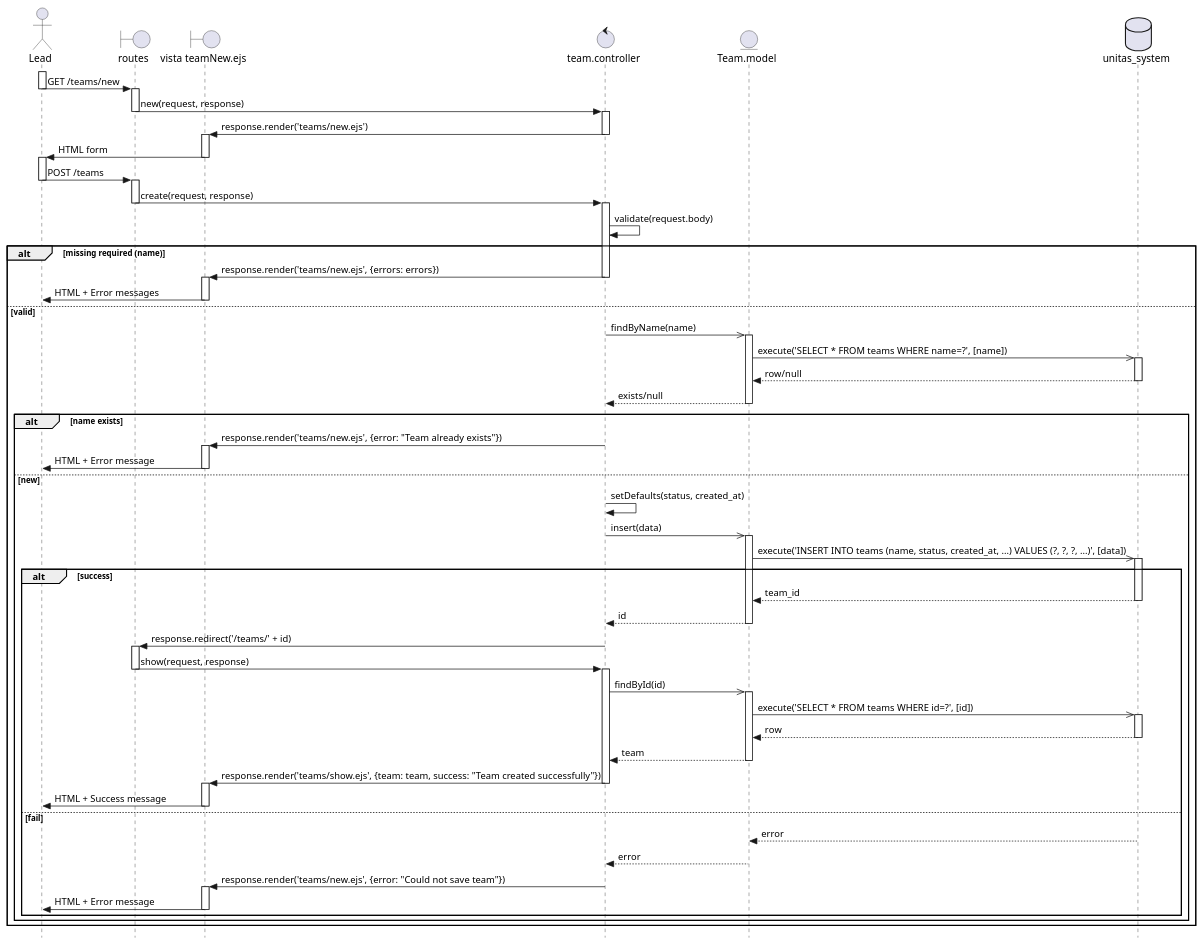
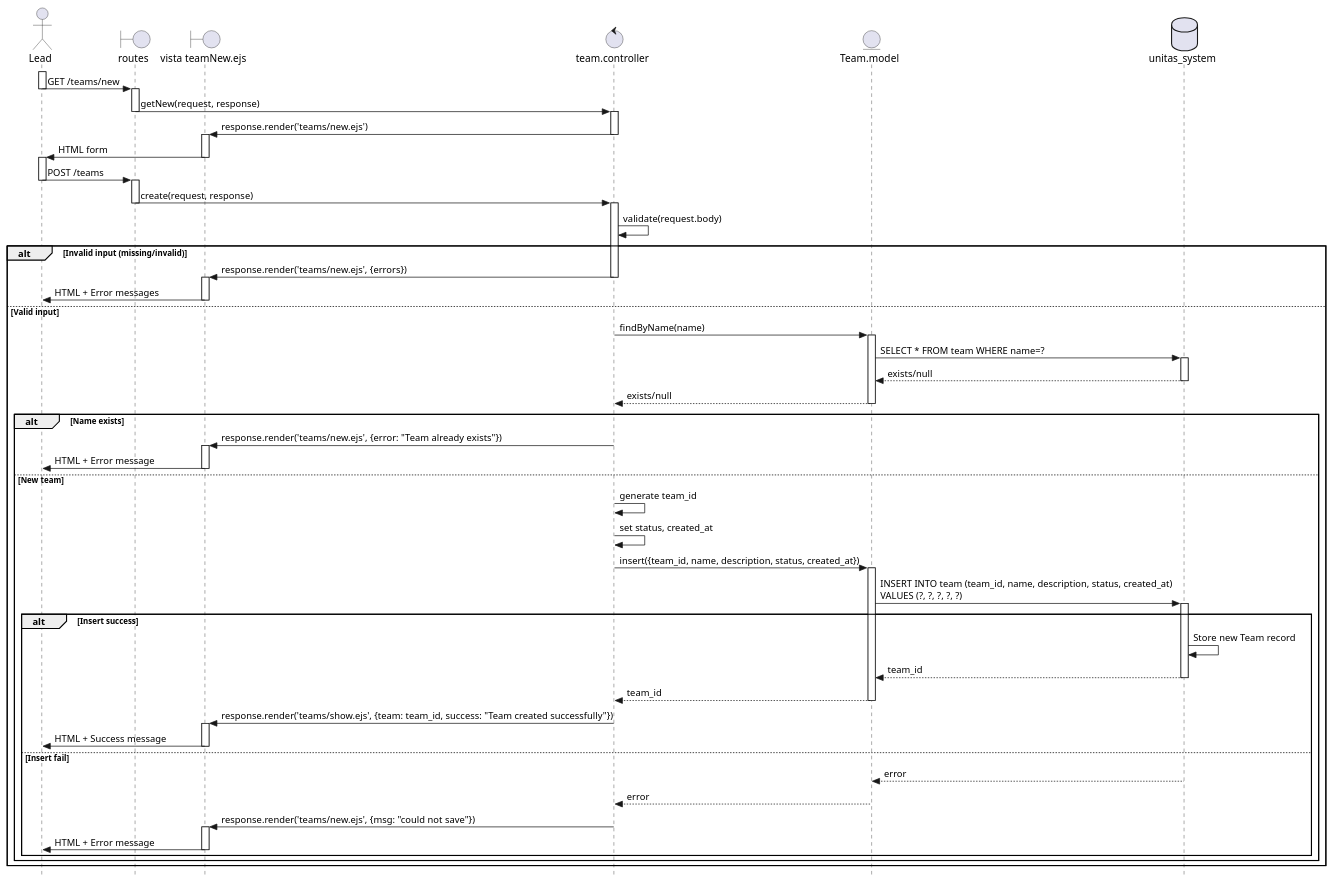
The diagram in documentation/sequence_diagrams/TEAM-01.puml (Berthou05/LimboSoftwareDevelopment_Change.org), drawn with PlantUML before and after one commit. The commit also changed 6 other files, not shown here.

Commit message:
[DOCS] Corrections in activity and sequence diagrams

```diff
--- a/documentation/sequence_diagrams/TEAM-01.puml
+++ b/documentation/sequence_diagrams/TEAM-01.puml
@@ -1,108 +1,109 @@
 @startuml
 skinparam style strictuml
 
 actor Lead as U
 boundary "routes" as RO
 boundary "vista teamNew.ejs" as V
 control "team.controller" as C
 entity "Team.model" as TM
 database "unitas_system" as BD
 
 activate U
-U -> RO:GET /teams/new
+U -> RO: GET /teams/new
 deactivate U
-    activate RO
-    RO -> C:new(request, response)
-    deactivate RO
-        activate C
-        C -> V:response.render('teams/new.ejs')
-        deactivate C
+
+activate RO
+RO -> C: getNew(request, response)
+deactivate RO
+
+activate C
+C -> V: response.render('teams/new.ejs')
+deactivate C
+
+activate V
+V -> U: HTML form
+deactivate V
+
+
+activate U
+U -> RO: POST /teams
+deactivate U
+
+activate RO
+RO -> C: create(request, response)
+deactivate RO
+
+activate C
+C -> C: validate(request.body)
+
+alt Invalid input (missing/invalid)
+    C -> V: response.render('teams/new.ejs', {errors})
+    deactivate C
+
     activate V
-    V -> U:HTML form
+    V -> U: HTML + Error messages
     deactivate V
 
-activate U
-U -> RO:POST /teams
-deactivate U
-    activate RO
-    RO -> C:create(request, response)
-    deactivate RO
-        activate C
-        C -> C:validate(request.body)
-        
-        alt missing required (name)
-            C -> V:response.render('teams/new.ejs', {errors: errors})
+else Valid input
+    C -> TM: findByName(name)
+    activate TM
+
+    TM -> BD: SELECT * FROM team WHERE name=?
+    activate BD
+    BD --> TM: exists/null
+    deactivate BD
+
+    TM --> C: exists/null
+    deactivate TM
+
+    alt Name exists
+        C -> V: response.render('teams/new.ejs', {error: "Team already exists"})
+        deactivate C
+
+        activate V
+        V -> U: HTML + Error message
+        deactivate V
+
+    else New team
+        C -> C: generate team_id
+        C -> C: set status, created_at
+
+        C -> TM: insert({team_id, name, description, status, created_at})
+        activate TM
+
+        TM -> BD: INSERT INTO team (team_id, name, description, status, created_at)\nVALUES (?, ?, ?, ?, ?)
+        activate BD
+
+        alt Insert success
+            BD -> BD: Store new Team record
+            BD --> TM: team_id
+            deactivate BD
+
+            TM --> C: team_id
+            deactivate TM
+
+            C -> V: response.render('teams/show.ejs', {team: team_id, success: "Team created successfully"})
             deactivate C
-                activate V
-                V -> U:HTML + Error messages
-                deactivate V
-        
-        else valid
-            C ->> TM:findByName(name)
-                activate TM
-                TM ->> BD:execute('SELECT * FROM teams WHERE name=?', [name])
-                    activate BD
-                    BD --> TM:row/null
-                    deactivate BD
-                TM --> C:exists/null
-                deactivate TM
-            
-            alt name exists
-                C -> V:response.render('teams/new.ejs', {error: "Team already exists"})
-                deactivate C
-                    activate V
-                    V -> U:HTML + Error message
-                    deactivate V
-            
-            else new
-                C -> C:setDefaults(status, created_at)
-                
-                C ->> TM:insert(data)
-                    activate TM
-                    TM ->> BD:execute('INSERT INTO teams (name, status, created_at, ...) VALUES (?, ?, ?, ...)', [data])
-                        activate BD
-                        
-                        alt success
-                            BD --> TM:team_id
-                            deactivate BD
-                            TM --> C:id
-                            deactivate TM
-                            
-                            C -> RO:response.redirect('/teams/' + id)
-                            deactivate C
-                                activate RO
-                                RO -> C:show(request, response)
-                                deactivate RO
-                                    activate C
-                                    C ->> TM:findById(id)
-                                        activate TM
-                                        TM ->> BD:execute('SELECT * FROM teams WHERE id=?', [id])
-                                            activate BD
-                                            BD --> TM:row
-                                            deactivate BD
-                                        TM --> C:team
-                                        deactivate TM
-                                    C -> V:response.render('teams/show.ejs', {team: team, success: "Team created successfully"})
-                                    deactivate C
-                                        activate V
-                                        V -> U:HTML + Success message
-                                        deactivate V
-                        
-                        else fail
-                            BD --> TM:error
-                            deactivate BD
-                            TM --> C:error
-                            deactivate TM
-                            
-                            C -> V:response.render('teams/new.ejs', {error: "Could not save team"})
-                            deactivate C
-                                activate V
-                                V -> U:HTML + Error message
-                                deactivate V
-                        end
-            end
+
+            activate V
+            V -> U: HTML + Success message
+            deactivate V
+
+        else Insert fail
+            BD --> TM: error
+            deactivate BD
+
+            TM --> C: error
+            deactivate TM
+
+            C -> V: response.render('teams/new.ejs', {msg: "could not save"})
+            deactivate C
+
+            activate V
+            V -> U: HTML + Error message
+            deactivate V
         end
-
-activate U
+    end
+end
 
 @enduml
```
